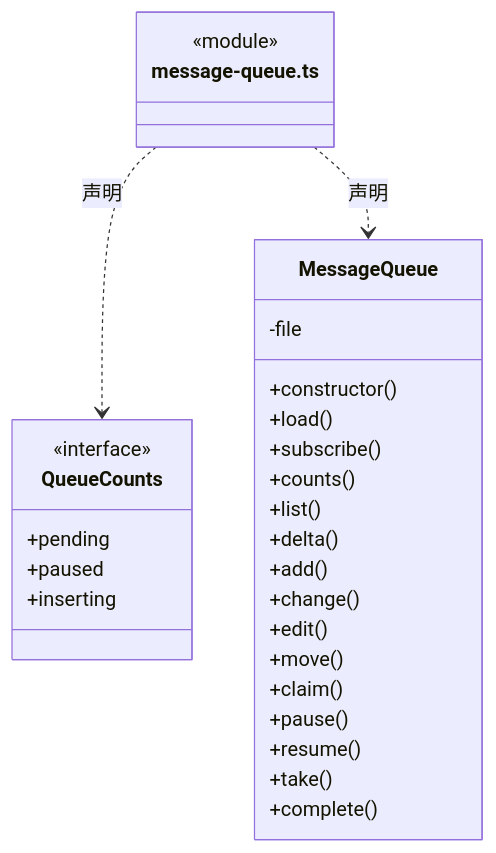
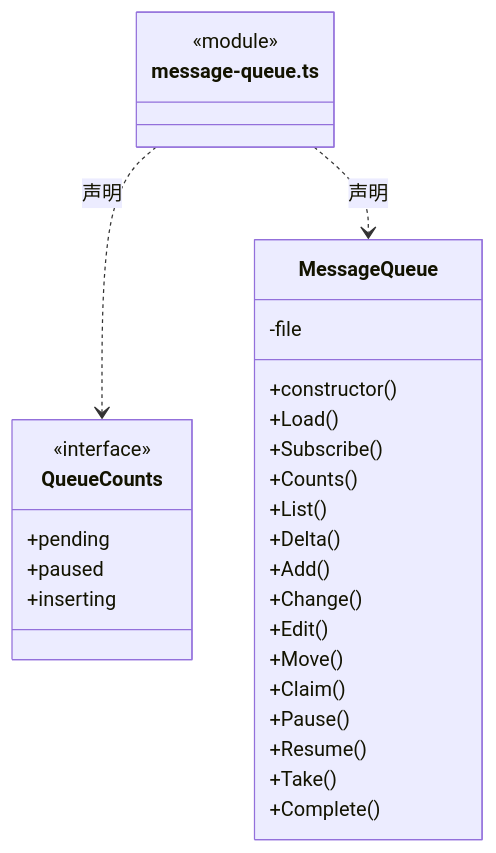
Before and after one commit to nan023062/cbim: the eighth of 12 diagrams in src/logic/conversation/runtime/ARCHITECTURE.md, drawn with Mermaid. The commit also changed other lines of this file and 1035 other files, not shown here.

````diff
--- a/src/logic/conversation/runtime/ARCHITECTURE.md
+++ b/src/logic/conversation/runtime/ARCHITECTURE.md
@@ -241,32 +241,32 @@
 ```mermaid
 classDiagram
 class N_src_logic_conversation_runtime_message_queue_ts["message-queue.ts"] {
   <<module>>
 }
 class N_src_logic_conversation_runtime_message_queue_ts_QueueCounts["QueueCounts"] {
   <<interface>>
   +pending
   +paused
   +inserting
 }
 N_src_logic_conversation_runtime_message_queue_ts ..> N_src_logic_conversation_runtime_message_queue_ts_QueueCounts : 声明
 class N_src_logic_conversation_runtime_message_queue_ts_MessageQueue["MessageQueue"] {
   +constructor()
-  +load()
-  +subscribe()
-  +counts()
-  +list()
-  +delta()
-  +add()
-  +change()
-  +edit()
-  +move()
-  +claim()
-  +pause()
-  +resume()
-  +take()
-  +complete()
+  +Load()
+  +Subscribe()
+  +Counts()
+  +List()
+  +Delta()
+  +Add()
+  +Change()
+  +Edit()
+  +Move()
+  +Claim()
+  +Pause()
+  +Resume()
+  +Take()
+  +Complete()
   -file
 }
 N_src_logic_conversation_runtime_message_queue_ts ..> N_src_logic_conversation_runtime_message_queue_ts_MessageQueue : 声明
 ```
````
